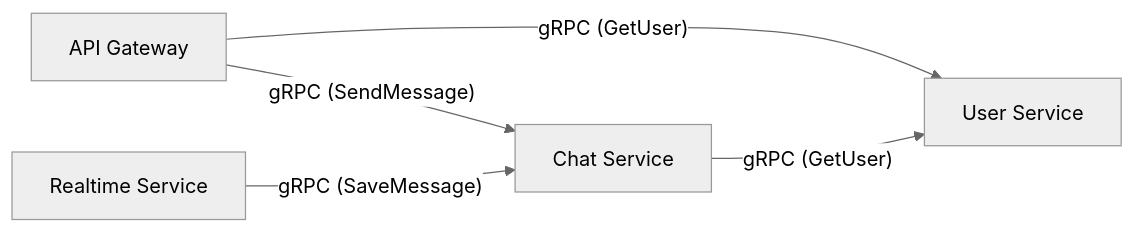
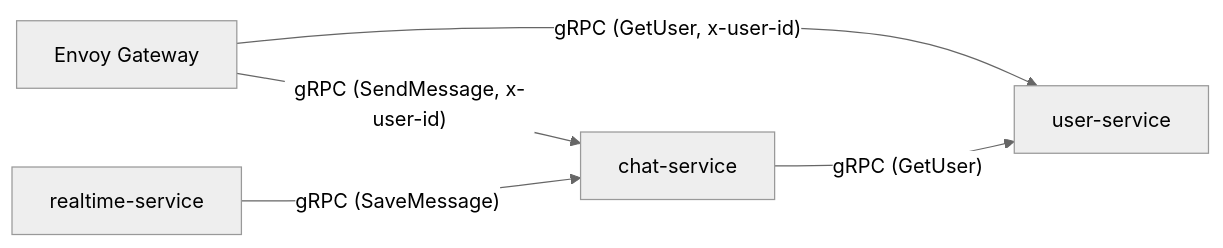
Before and after one commit to shunto-ishiguro/go-microservices-chat: the first of 4 diagrams in docs/architecture/microservices.md, drawn with Mermaid (neutral theme). The commit also changed other lines of this file and 3 other files, not shown here.

First line of the commit message:
docs(architecture): Envoy Gateway + K8s 前提に全面更新

````diff
--- a/docs/architecture/microservices.md
+++ b/docs/architecture/microservices.md
@@ -116,7 +126,7 @@
 ```mermaid
 graph LR
-    GW[API Gateway] -->|"gRPC (GetUser)"| US[User Service]
-    GW -->|"gRPC (SendMessage)"| CS[Chat Service]
-    RS[Realtime Service] -->|"gRPC (SaveMessage)"| CS
+    EG[Envoy Gateway] -->|"gRPC (GetUser, x-user-id)"| US[user-service]
+    EG -->|"gRPC (SendMessage, x-user-id)"| CS[chat-service]
+    RS[realtime-service] -->|"gRPC (SaveMessage)"| CS
     CS -->|"gRPC (GetUser)"| US
 ```
````
